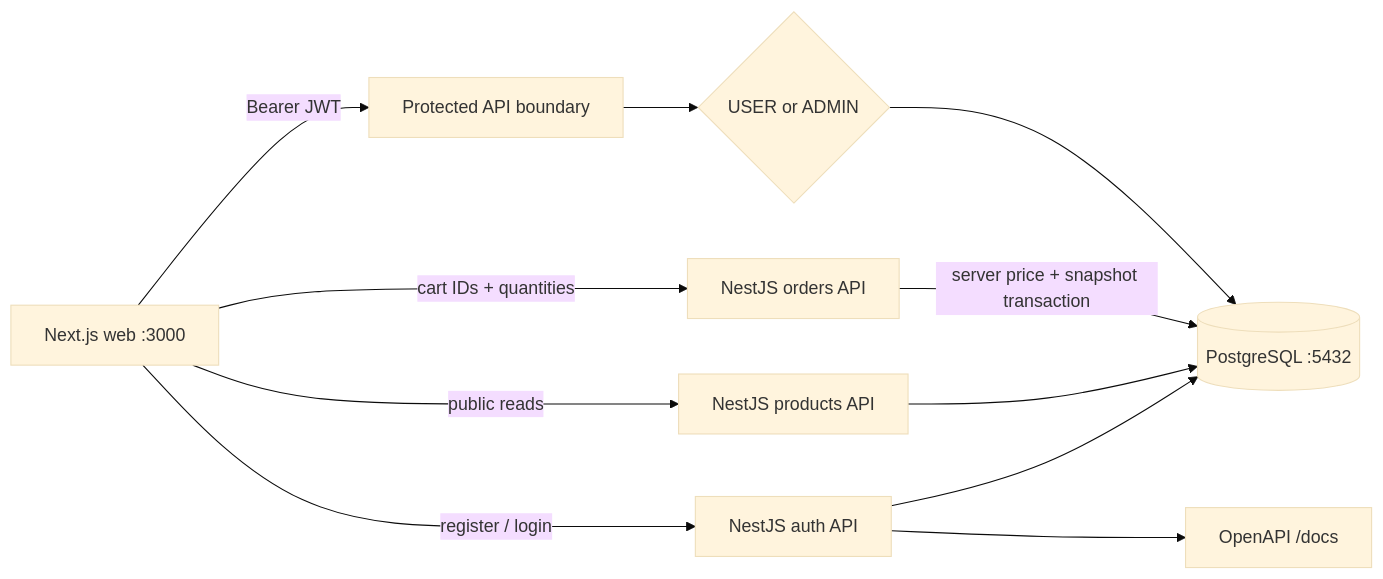
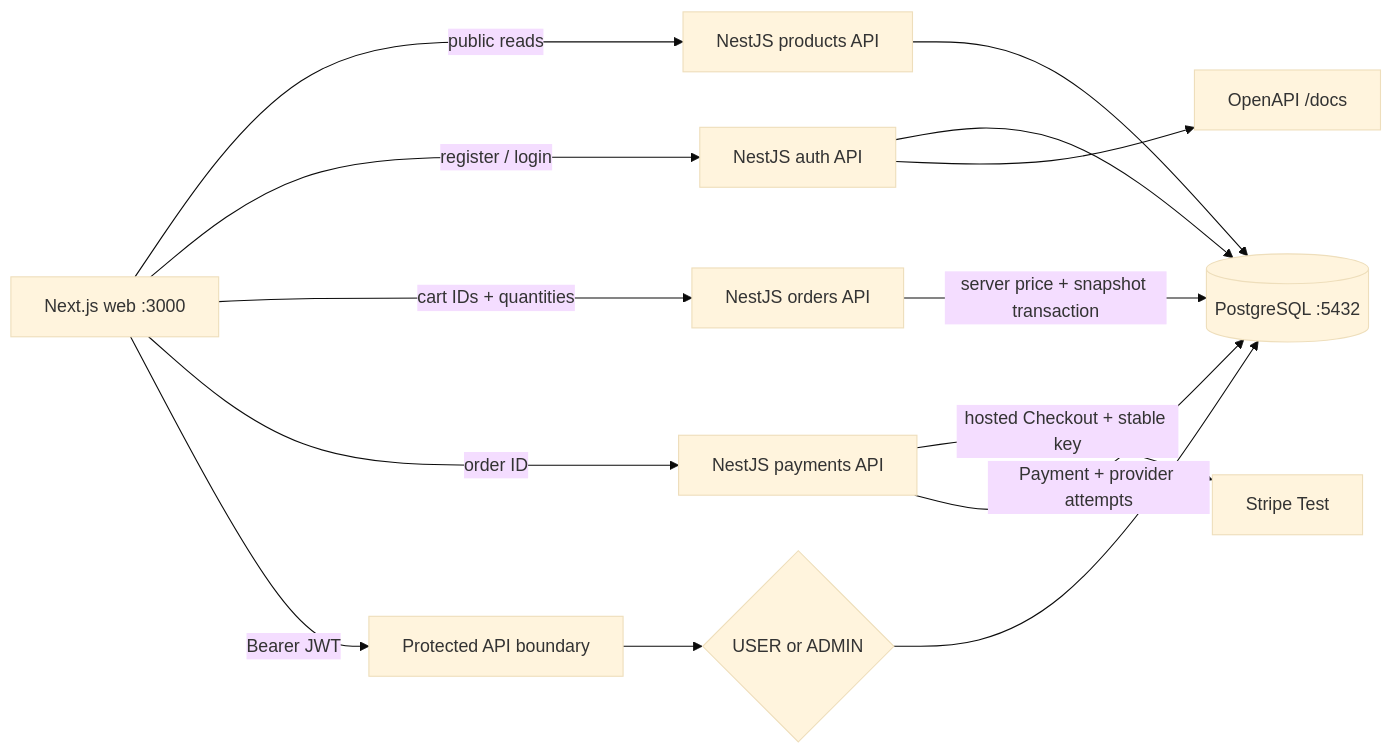
The diagram in README.md (tianhao8687/payflow), drawn with Mermaid (base theme) before and after one commit. The commit also changed other lines of this file and 45 other files, not shown here.

Commit message:
feat: implement stage 3 Stripe checkout

````diff
--- a/README.md
+++ b/README.md
@@ -13,13 +13,16 @@
 ```mermaid
 flowchart LR
   Browser[Next.js web :3000] -->|public reads| Products[NestJS products API]
   Browser -->|register / login| Auth[NestJS auth API]
   Browser -->|cart IDs + quantities| Orders[NestJS orders API]
+  Browser -->|order ID| Payments[NestJS payments API]
+  Payments -->|hosted Checkout + stable key| Stripe[Stripe Test]
   Browser -->|Bearer JWT| Protected[Protected API boundary]
   Protected --> RBAC{USER or ADMIN}
   Auth --> DB[(PostgreSQL :5432)]
   Products --> DB
   Orders -->|server price + snapshot transaction| DB
+  Payments -->|Payment + provider attempts| DB
   RBAC --> DB
   Auth --> Docs[OpenAPI /docs]
 ```
````
